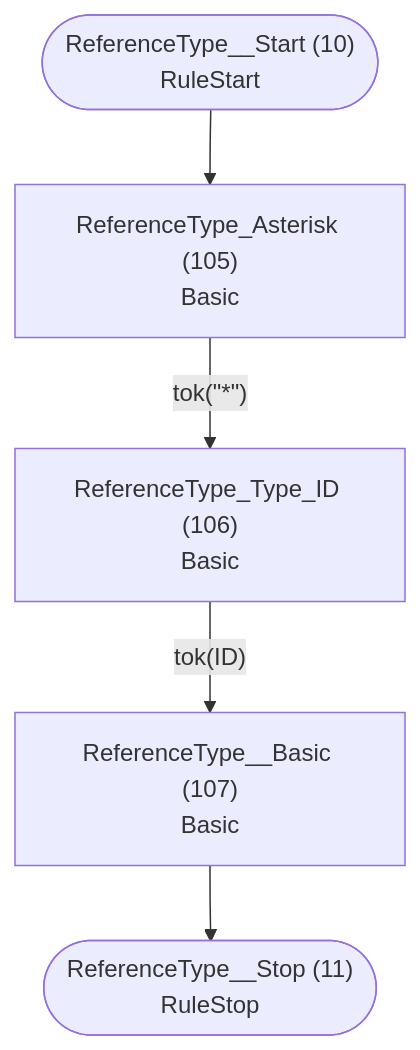
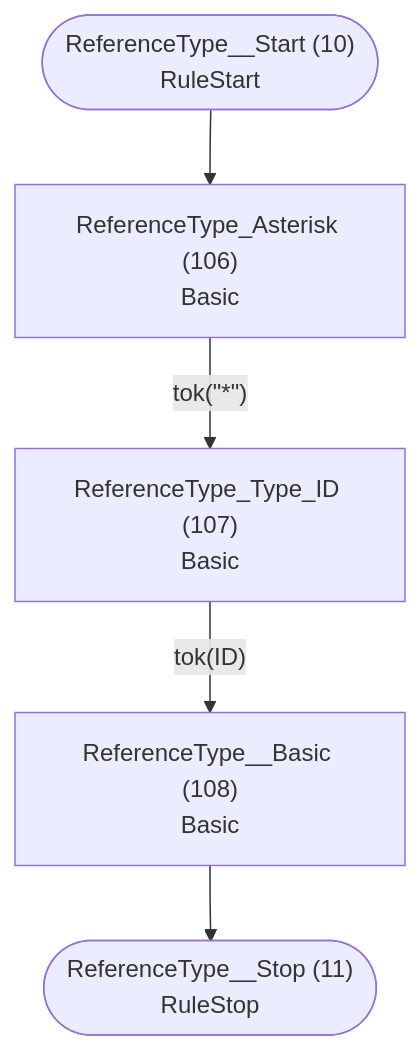
The sixth of 26 diagrams in internal/grammar/atn.md (TypeFox/fastbelt), drawn with Mermaid before and after one commit. The commit also changed other lines of this file and 53 other files, not shown here.

````diff
--- a/internal/grammar/atn.md
+++ b/internal/grammar/atn.md
@@ -172,13 +174,13 @@
 ```mermaid
 flowchart TD
     q10(["ReferenceType__Start (10)<br/>RuleStart"])
     q11(["ReferenceType__Stop (11)<br/>RuleStop"])
-    q105["ReferenceType_Asterisk (105)<br/>Basic<br/>"]
-    q106["ReferenceType_Type_ID (106)<br/>Basic<br/>"]
-    q107["ReferenceType__Basic (107)<br/>Basic<br/>"]
+    q106["ReferenceType_Asterisk (106)<br/>Basic<br/>"]
+    q107["ReferenceType_Type_ID (107)<br/>Basic<br/>"]
+    q108["ReferenceType__Basic (108)<br/>Basic<br/>"]
 
-    q10 --> q105
-    q105 -->|"tok(&quot;*&quot;)"| q106
-    q106 -->|"tok(ID)"| q107
-    q107 --> q11
+    q10 --> q106
+    q106 -->|"tok(&quot;*&quot;)"| q107
+    q107 -->|"tok(ID)"| q108
+    q108 --> q11
 ```
````
